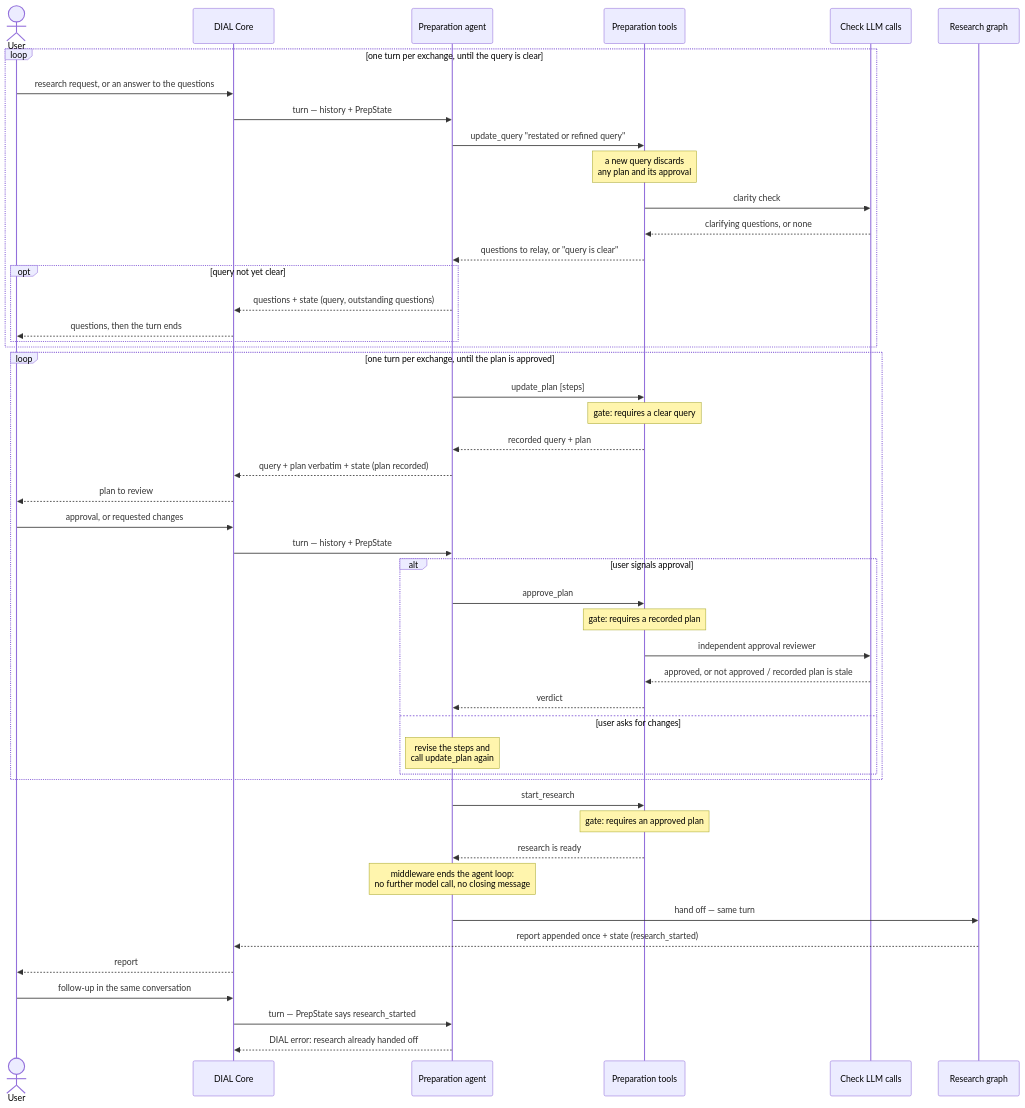
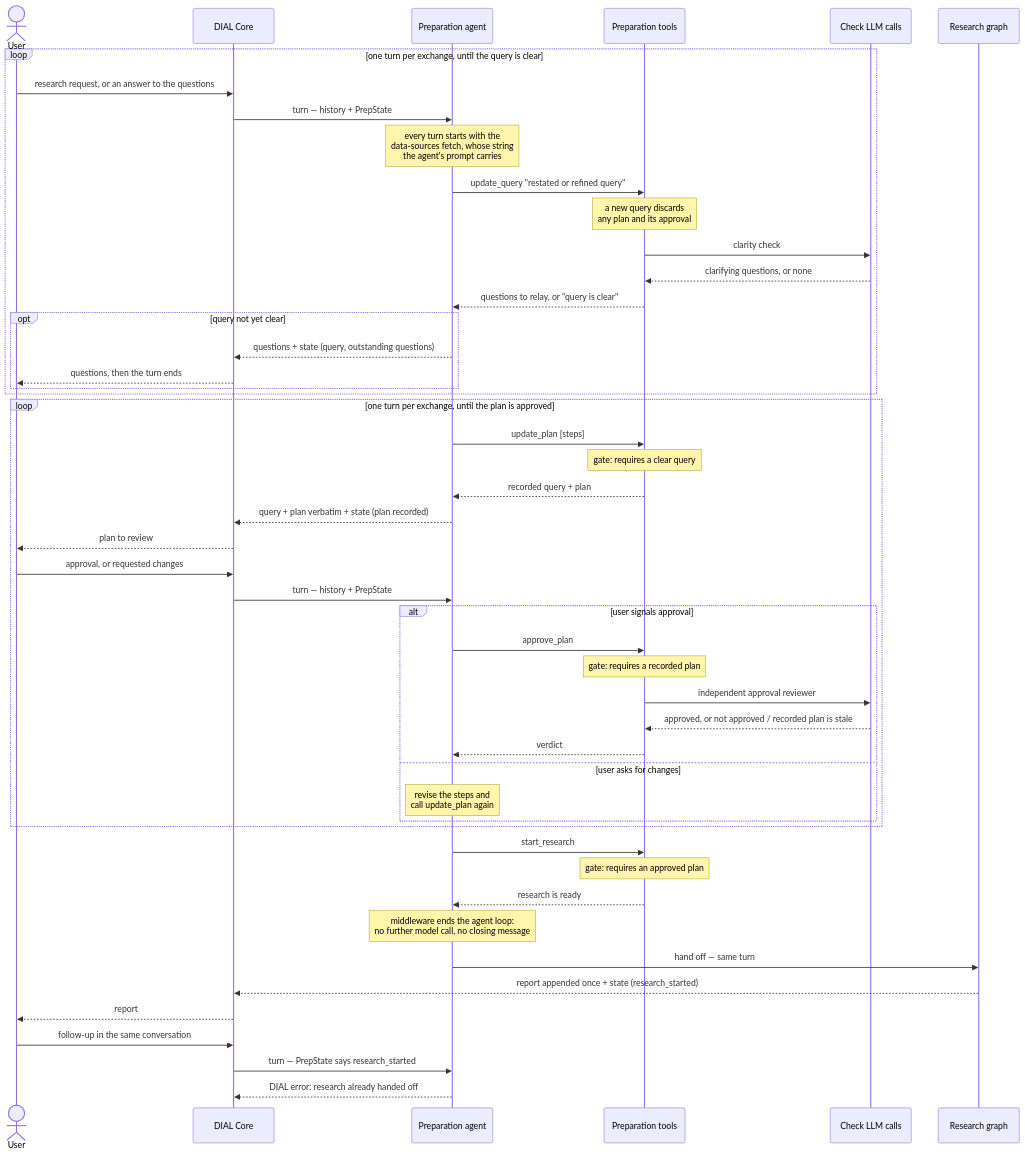
One commit to epam/ai-dial-deep-research-backend changed the second of 3 diagrams in docs/architecture.md. Above: the diagram before and after it, drawn with Mermaid. The commit also changed other lines of this file and 50 other files, not shown here.

First line of the commit message:
feat: discover data sources from the StatGPT MCP server once per turn

````diff
--- a/docs/architecture.md
+++ b/docs/architecture.md
@@ -36,54 +85,55 @@
 ```mermaid
 sequenceDiagram
     actor U as User
     participant C as DIAL Core
     participant A as Preparation agent
     participant T as Preparation tools
     participant L as Check LLM calls
     participant G as Research graph
 
     loop one turn per exchange, until the query is clear
         U->>C: research request, or an answer to the questions
         C->>A: turn — history + PrepState
+        Note over A: every turn starts with the<br/>data-sources fetch, whose string<br/>the agent's prompt carries
         A->>T: update_query "restated or refined query"
         Note over T: a new query discards<br/>any plan and its approval
         T->>L: clarity check
         L-->>T: clarifying questions, or none
         T-->>A: questions to relay, or "query is clear"
         opt query not yet clear
             A-->>C: questions + state (query, outstanding questions)
             C-->>U: questions, then the turn ends
         end
     end
 
     loop one turn per exchange, until the plan is approved
         A->>T: update_plan [steps]
         Note over T: gate: requires a clear query
         T-->>A: recorded query + plan
         A-->>C: query + plan verbatim + state (plan recorded)
         C-->>U: plan to review
         U->>C: approval, or requested changes
         C->>A: turn — history + PrepState
         alt user signals approval
             A->>T: approve_plan
             Note over T: gate: requires a recorded plan
             T->>L: independent approval reviewer
             L-->>T: approved, or not approved / recorded plan is stale
             T-->>A: verdict
         else user asks for changes
             Note over A: revise the steps and<br/>call update_plan again
         end
     end
 
     A->>T: start_research
     Note over T: gate: requires an approved plan
     T-->>A: research is ready
     Note over A: middleware ends the agent loop:<br/>no further model call, no closing message
     A->>G: hand off — same turn
     G-->>C: report appended once + state (research_started)
     C-->>U: report
 
     U->>C: follow-up in the same conversation
     C->>A: turn — PrepState says research_started
     A-->>C: DIAL error: research already handed off
 ```
````
